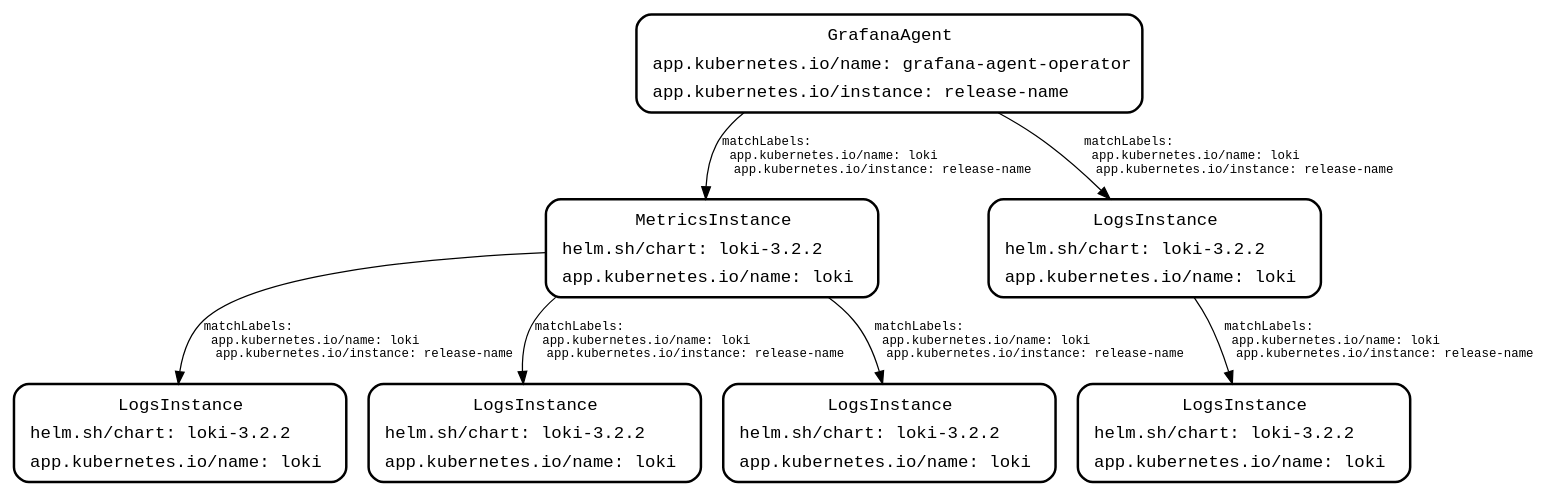
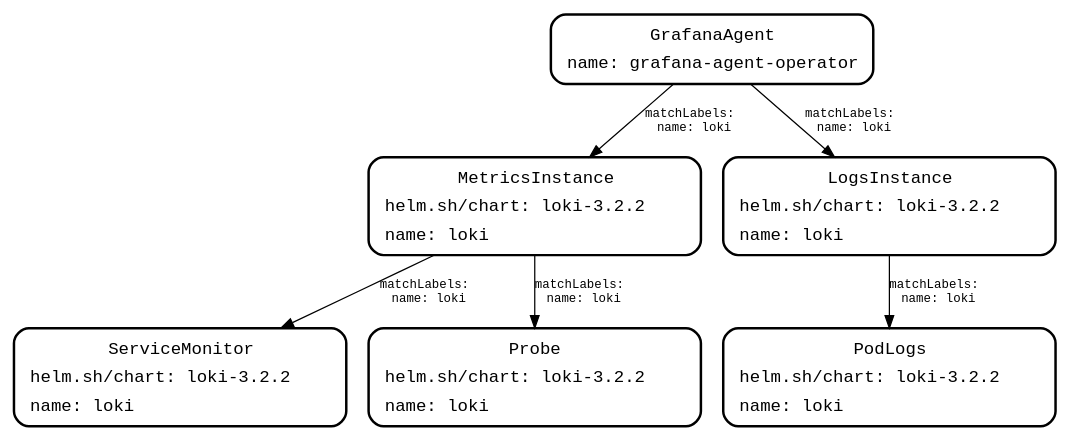
One commit to GHDEVS/agent changed the diagram in docs/sources/operator/hierarchy.dot. Above: the diagram before and after it, drawn with Graphviz. The commit also changed 2 other files, not shown here.

Commit message:
Simplify graph.

```diff
--- a/docs/sources/operator/hierarchy.dot
+++ b/docs/sources/operator/hierarchy.dot
@@ -1,81 +1,71 @@
 digraph G {
  fontname="Courier New"
  edge [fontname="Courier New"]
  rankdir="TB"
  edge [fontsize=10]
 
  "GrafanaAgent" [ 
      style = "filled, bold"
      penwidth = 2
      fillcolor = "white"
      fontname = "Courier New"
      shape = "Mrecord"
-     label =<<table border="0" cellborder="0" cellpadding="3" ><tr><td align="center" colspan="2"><font>GrafanaAgent</font></td></tr><tr><td align="left" port="r0">app.kubernetes.io/name: grafana-agent-operator</td></tr><tr><td align="left" port="r1">app.kubernetes.io/instance: release-name</td></tr></table>>
+     label =<<table border="0" cellborder="0" cellpadding="3" ><tr><td align="center" colspan="2"><font>GrafanaAgent</font></td></tr><tr><td align="left" port="r0">name: grafana-agent-operator</td></tr></table>>
      ];
  "MetricsInstance" [ 
      style = "filled, bold"
      penwidth = 2
      fillcolor = "white"
      fontname = "Courier New"
      shape = "Mrecord"
      label =<<table border="0" cellborder="0" cellpadding="3" ><tr><td align="center" colspan="2"><font>MetricsInstance</font></td></tr><tr><td align="left" port="r0">helm.sh/chart: loki-3.2.2
-    </td></tr><tr><td align="left" port="r1">app.kubernetes.io/name: loki</td></tr></table>>
+    </td></tr><tr><td align="left" port="r1">name: loki</td></tr></table>>
      ];
  "LogsInstance" [ 
      style = "filled, bold"
      penwidth = 2
      fillcolor = "white"
      fontname = "Courier New"
      shape = "Mrecord"
      label =<<table border="0" cellborder="0" cellpadding="3" ><tr><td align="center" colspan="2"><font>LogsInstance</font></td></tr><tr><td align="left" port="r0">helm.sh/chart: loki-3.2.2
-    </td></tr><tr><td align="left" port="r1">app.kubernetes.io/name: loki</td></tr></table>>
-     ];
- "PodMonitor" [ 
-     style = "filled, bold"
-     penwidth = 2
-     fillcolor = "white"
-     fontname = "Courier New"
-     shape = "Mrecord"
-     label =<<table border="0" cellborder="0" cellpadding="3" ><tr><td align="center" colspan="2"><font>LogsInstance</font></td></tr><tr><td align="left" port="r0">helm.sh/chart: loki-3.2.2
-    </td></tr><tr><td align="left" port="r1">app.kubernetes.io/name: loki</td></tr></table>>
+    </td></tr><tr><td align="left" port="r1">name: loki</td></tr></table>>
      ];
  "ServiceMonitor" [ 
      style = "filled, bold"
      penwidth = 2
      fillcolor = "white"
      fontname = "Courier New"
      shape = "Mrecord"
-     label =<<table border="0" cellborder="0" cellpadding="3" ><tr><td align="center" colspan="2"><font>LogsInstance</font></td></tr><tr><td align="left" port="r0">helm.sh/chart: loki-3.2.2
-    </td></tr><tr><td align="left" port="r1">app.kubernetes.io/name: loki</td></tr></table>>
+     label =<<table border="0" cellborder="0" cellpadding="3" ><tr><td align="center" colspan="2"><font>ServiceMonitor</font></td></tr><tr><td align="left" port="r0">helm.sh/chart: loki-3.2.2
+    </td></tr><tr><td align="left" port="r1">name: loki</td></tr></table>>
      ];
  "Probe" [ 
      style = "filled, bold"
      penwidth = 2
      fillcolor = "white"
      fontname = "Courier New"
      shape = "Mrecord"
-     label =<<table border="0" cellborder="0" cellpadding="3" ><tr><td align="center" colspan="2"><font>LogsInstance</font></td></tr><tr><td align="left" port="r0">helm.sh/chart: loki-3.2.2
-    </td></tr><tr><td align="left" port="r1">app.kubernetes.io/name: loki</td></tr></table>>
+     label =<<table border="0" cellborder="0" cellpadding="3" ><tr><td align="center" colspan="2"><font>Probe</font></td></tr><tr><td align="left" port="r0">helm.sh/chart: loki-3.2.2
+    </td></tr><tr><td align="left" port="r1">name: loki</td></tr></table>>
      ];
  "PodLogs" [ 
      style = "filled, bold"
      penwidth = 2
      fillcolor = "white"
      fontname = "Courier New"
      shape = "Mrecord"
-     label =<<table border="0" cellborder="0" cellpadding="3" ><tr><td align="center" colspan="2"><font>LogsInstance</font></td></tr><tr><td align="left" port="r0">helm.sh/chart: loki-3.2.2
-    </td></tr><tr><td align="left" port="r1">app.kubernetes.io/name: loki</td></tr></table>>
+     label =<<table border="0" cellborder="0" cellpadding="3" ><tr><td align="center" colspan="2"><font>PodLogs</font></td></tr><tr><td align="left" port="r0">helm.sh/chart: loki-3.2.2
+    </td></tr><tr><td align="left" port="r1">name: loki</td></tr></table>>
      ];
 
  
- GrafanaAgent -> MetricsInstance [ label="matchLabels:\l  app.kubernetes.io/name: loki\l  app.kubernetes.io/instance: release-name" ];
- MetricsInstance -> PodMonitor [ label="matchLabels:\l  app.kubernetes.io/name: loki\l  app.kubernetes.io/instance: release-name" ];
- MetricsInstance -> Probe [ label="matchLabels:\l  app.kubernetes.io/name: loki\l  app.kubernetes.io/instance: release-name" ];
- MetricsInstance -> ServiceMonitor [ label="matchLabels:\l  app.kubernetes.io/name: loki\l  app.kubernetes.io/instance: release-name" ];
+ GrafanaAgent -> MetricsInstance [ label="matchLabels:\l  name: loki" ];
+ MetricsInstance -> Probe [ label="matchLabels:\l  name: loki" ];
+ MetricsInstance -> ServiceMonitor [ label="matchLabels:\l  name: loki" ];
  
- GrafanaAgent -> LogsInstance [ label="matchLabels:\l  app.kubernetes.io/name: loki\l  app.kubernetes.io/instance: release-name" ];
- LogsInstance -> PodLogs [ label="matchLabels:\l  app.kubernetes.io/name: loki\l  app.kubernetes.io/instance: release-name" ];
+ GrafanaAgent -> LogsInstance [ label="matchLabels:\l  name: loki" ];
+ LogsInstance -> PodLogs [ label="matchLabels:\l  name: loki" ];
  
  
 
 }
```
